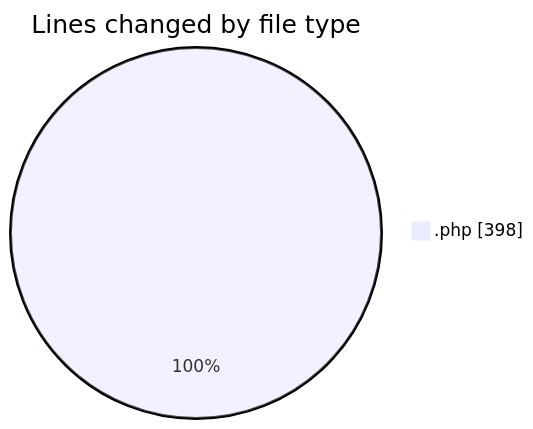
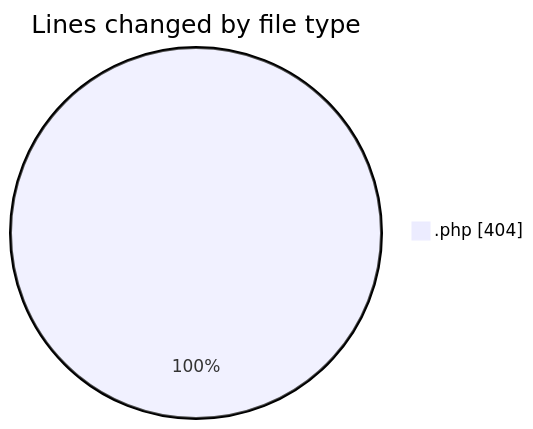
The first of 2 diagrams in 2025-03-17/web/README.md (LanceThiago/code-tracking), drawn with Mermaid before and after one commit. The commit also changed other lines of this file and 1 other file, not shown here.

````diff
--- a/2025-03-17/web/README.md
+++ b/2025-03-17/web/README.md
@@ -23,5 +23,5 @@
 ```mermaid
 pie showData
 title Lines changed by file type
-".php" : 398
+".php" : 404
 ```
````
